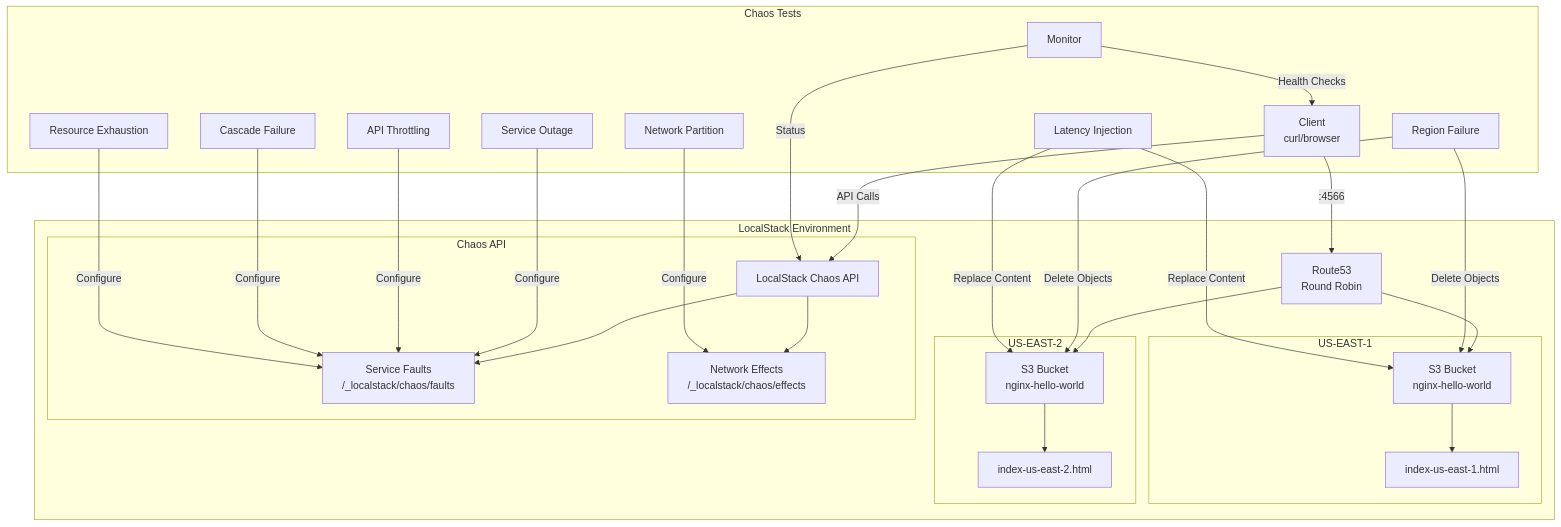
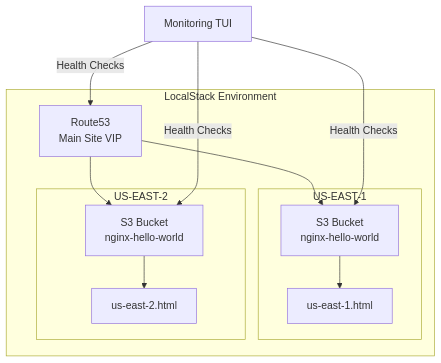
The diagram in README.md (leonj1/chaos-engineering), drawn with Mermaid before and after one commit. The commit also changed other lines of this file, not shown here.

````diff
--- a/README.md
+++ b/README.md
@@ -15,55 +55,24 @@
 ```mermaid
 graph TB
     subgraph "LocalStack Environment"
         subgraph "US-EAST-1"
             S3E1[S3 Bucket<br/>nginx-hello-world]
-            HTMLe1[index-us-east-1.html]
+            HTMLe1[us-east-1.html]
             S3E1 --> HTMLe1
         end
         
         subgraph "US-EAST-2"
             S3E2[S3 Bucket<br/>nginx-hello-world]
-            HTMLe2[index-us-east-2.html]
+            HTMLe2[us-east-2.html]
             S3E2 --> HTMLe2
         end
         
-        R53[Route53<br/>Round Robin]
+        R53[Route53<br/>Main Site VIP]
         R53 --> S3E1
         R53 --> S3E2
-        
-        subgraph "Chaos API"
-            CAPI[LocalStack Chaos API]
-            FAULTS[Service Faults<br/>/_localstack/chaos/faults]
-            EFFECTS[Network Effects<br/>/_localstack/chaos/effects]
-            CAPI --> FAULTS
-            CAPI --> EFFECTS
-        end
     end
     
-    Client[Client<br/>curl/browser]
-    Client --> |":4566"| R53
-    Client --> |API Calls| CAPI
-    
-    subgraph "Chaos Tests"
-        RF[Region Failure]
-        LI[Latency Injection]
-        SO[Service Outage]
-        TH[API Throttling]
-        CF[Cascade Failure]
-        NP[Network Partition]
-        RE[Resource Exhaustion]
-        MON[Monitor]
-        
-        RF --> |Delete Objects| S3E1
-        RF --> |Delete Objects| S3E2
-        LI --> |Replace Content| S3E1
-        LI --> |Replace Content| S3E2
-        SO --> |Configure| FAULTS
-        TH --> |Configure| FAULTS
-        CF --> |Configure| FAULTS
-        NP --> |Configure| EFFECTS
-        RE --> |Configure| FAULTS
-        MON --> |Health Checks| Client
-        MON --> |Status| CAPI
-    end
+    Client[Monitoring TUI] --> |Health Checks| R53
+    Client --> |Health Checks| S3E1
+    Client --> |Health Checks| S3E2
 ```
````
